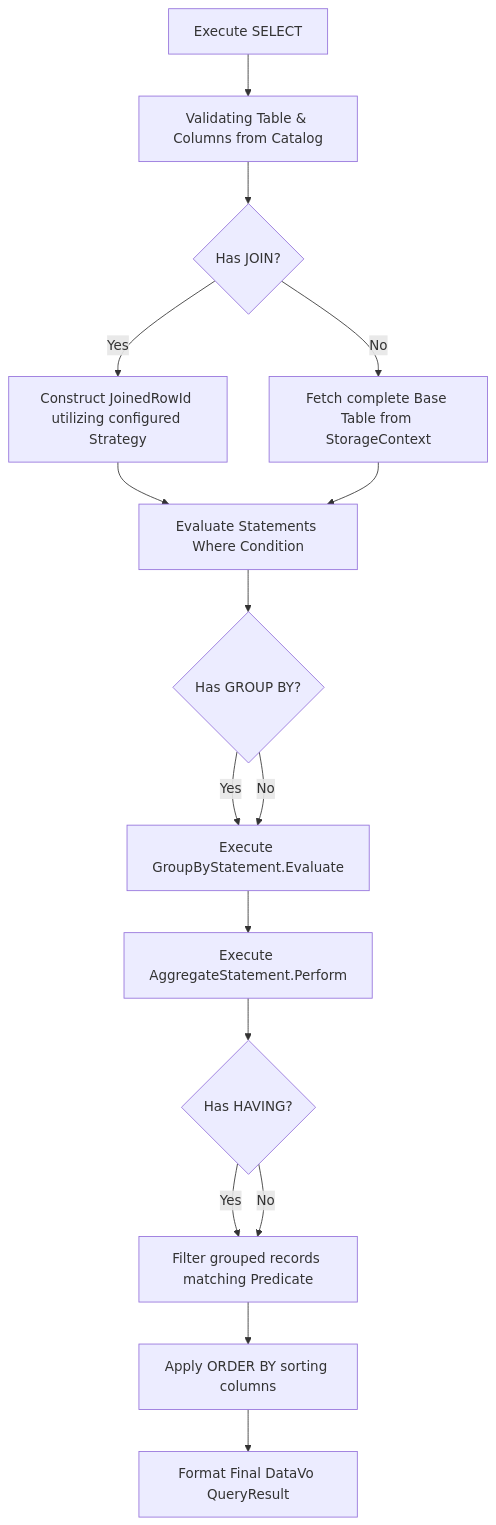
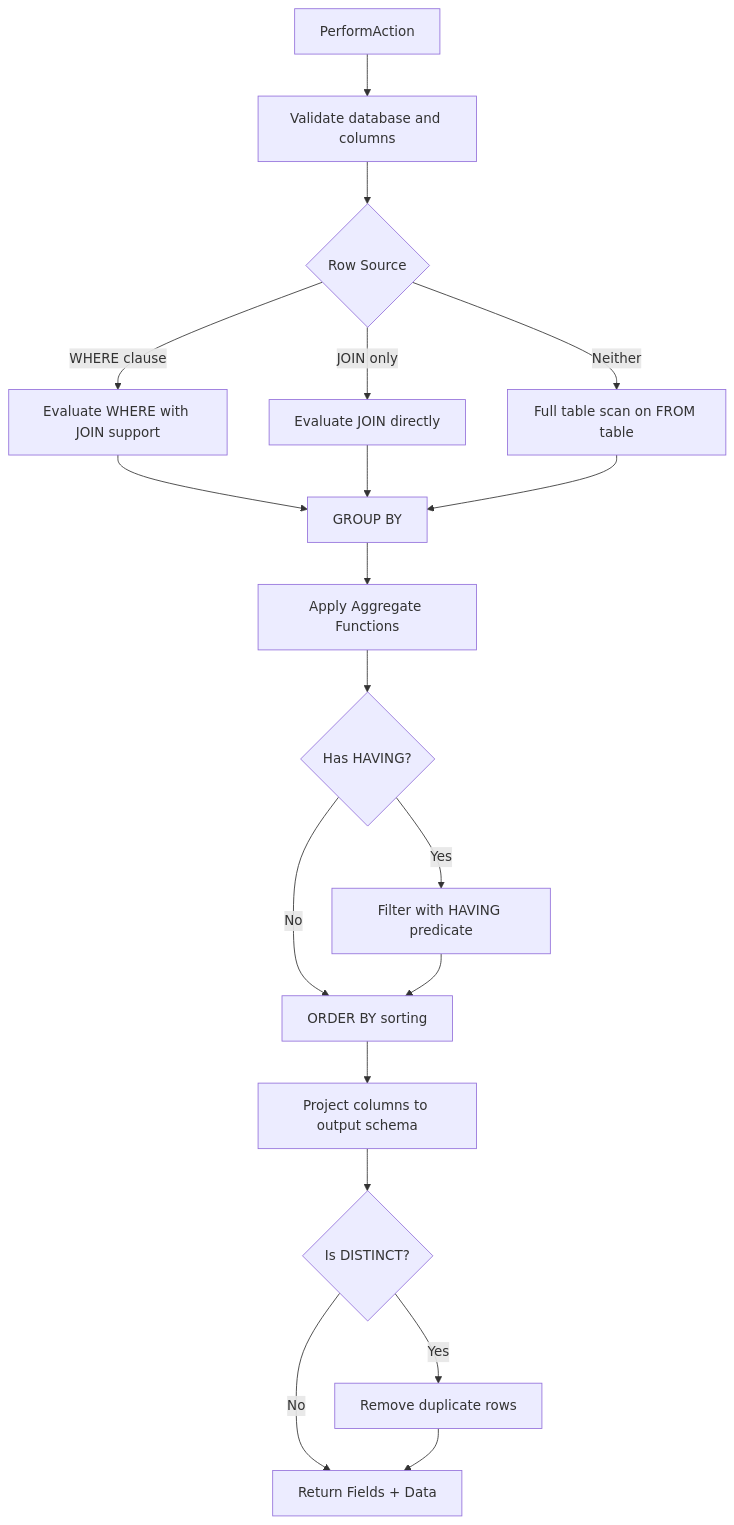
One commit to ArintonAkos/DataVo-DBMS changed the diagram in docs/DataVo.Core/Parser/DQL/Select.md. Above: the diagram before and after it, drawn with Mermaid. The commit also changed other lines of this file and 15 other files, not shown here.

````diff
--- a/docs/DataVo.Core/Parser/DQL/Select.md
+++ b/docs/DataVo.Core/Parser/DQL/Select.md
@@ -21,24 +32,23 @@
 ```mermaid
 flowchart TD
-    Start[Execute SELECT] --> Fetch[Validating Table & Columns from Catalog]
-    
-    Fetch --> CheckJoin{Has JOIN?}
-    CheckJoin -- Yes --> ParseJoin[Construct JoinedRowId utilizing configured Strategy]
-    CheckJoin -- No --> BaseFrom[Fetch complete Base Table from StorageContext]
-    
-    ParseJoin --> ApplyWhere[Evaluate Statements Where Condition]
-    BaseFrom --> ApplyWhere
-    
-    ApplyWhere --> Grouping{Has GROUP BY?}
-    Grouping -- Yes --> ExecuteGroup[Execute GroupByStatement.Evaluate]
-    Grouping -- No --> ExecuteGroup
-    
-    ExecuteGroup --> Aggregating[Execute AggregateStatement.Perform]
-    
-    Aggregating --> Having{Has HAVING?}
-    Having -- Yes --> ApplyHaving[Filter grouped records matching Predicate]
-    Having -- No --> ApplyHaving
-    
-    ApplyHaving --> ApplyOrder[Apply ORDER BY sorting columns]
-    ApplyOrder --> Result[Format Final DataVo QueryResult]
+    Start[PerformAction] --> Validate[Validate database and columns]
+    Validate --> Source{Row Source}
+    Source -- "WHERE clause" --> Where[Evaluate WHERE with JOIN support]
+    Source -- "JOIN only" --> Join[Evaluate JOIN directly]
+    Source -- "Neither" --> Scan[Full table scan on FROM table]
+
+    Where --> Group[GROUP BY]
+    Join --> Group
+    Scan --> Group
+
+    Group --> Agg[Apply Aggregate Functions]
+    Agg --> Having{Has HAVING?}
+    Having -- Yes --> Filter[Filter with HAVING predicate]
+    Having -- No --> Order
+    Filter --> Order[ORDER BY sorting]
+    Order --> Project[Project columns to output schema]
+    Project --> Distinct{Is DISTINCT?}
+    Distinct -- Yes --> Dedup[Remove duplicate rows]
+    Distinct -- No --> Done[Return Fields + Data]
+    Dedup --> Done
 ```
````
